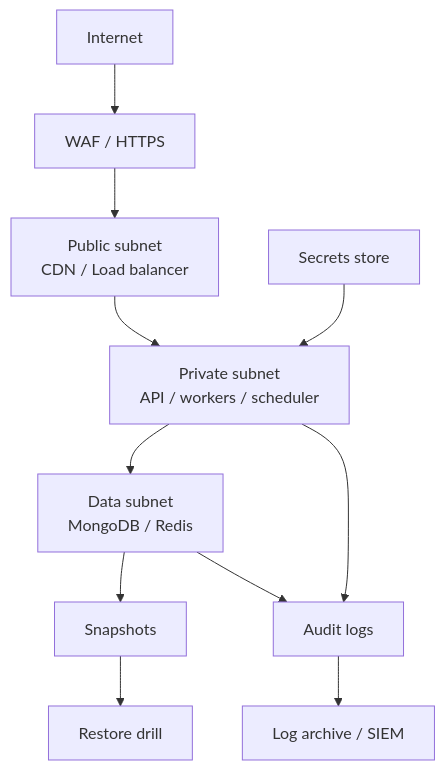
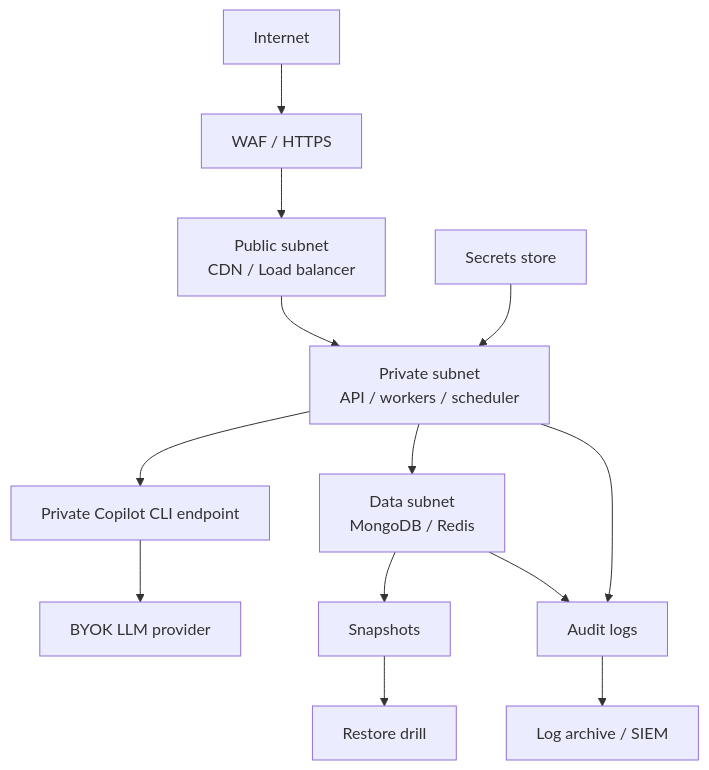
Diagram 14 of 17 in production-resource-architecture-proposal.md (chunkai1312/temp), drawn with Mermaid before and after one commit. The commit also changed other lines of this file, not shown here.

````diff
--- a/production-resource-architecture-proposal.md
+++ b/production-resource-architecture-proposal.md
@@ -509,13 +596,15 @@
 ```mermaid
 flowchart TB
   INTERNET["Internet"] --> WAF["WAF / HTTPS"]
   WAF --> PUBLIC["Public subnet\nCDN / Load balancer"]
   PUBLIC --> PRIVATE["Private subnet\nAPI / workers / scheduler"]
+  PRIVATE --> CLI["Private Copilot CLI endpoint"]
   PRIVATE --> DATA["Data subnet\nMongoDB / Redis"]
+  CLI --> LLM["BYOK LLM provider"]
   SECRETS["Secrets store"] --> PRIVATE
   DATA --> SNAP["Snapshots"]
   SNAP --> RESTORE["Restore drill"]
   AUDIT["Audit logs"] --> SIEM["Log archive / SIEM"]
   PRIVATE --> AUDIT
   DATA --> AUDIT
 ```
````
